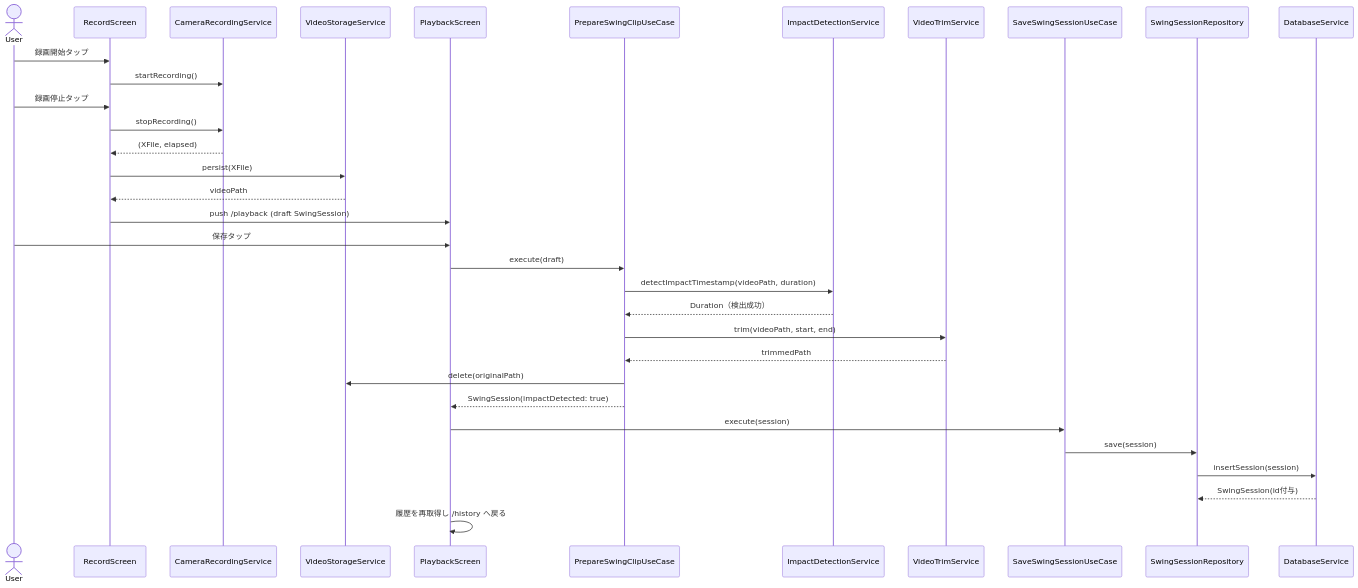
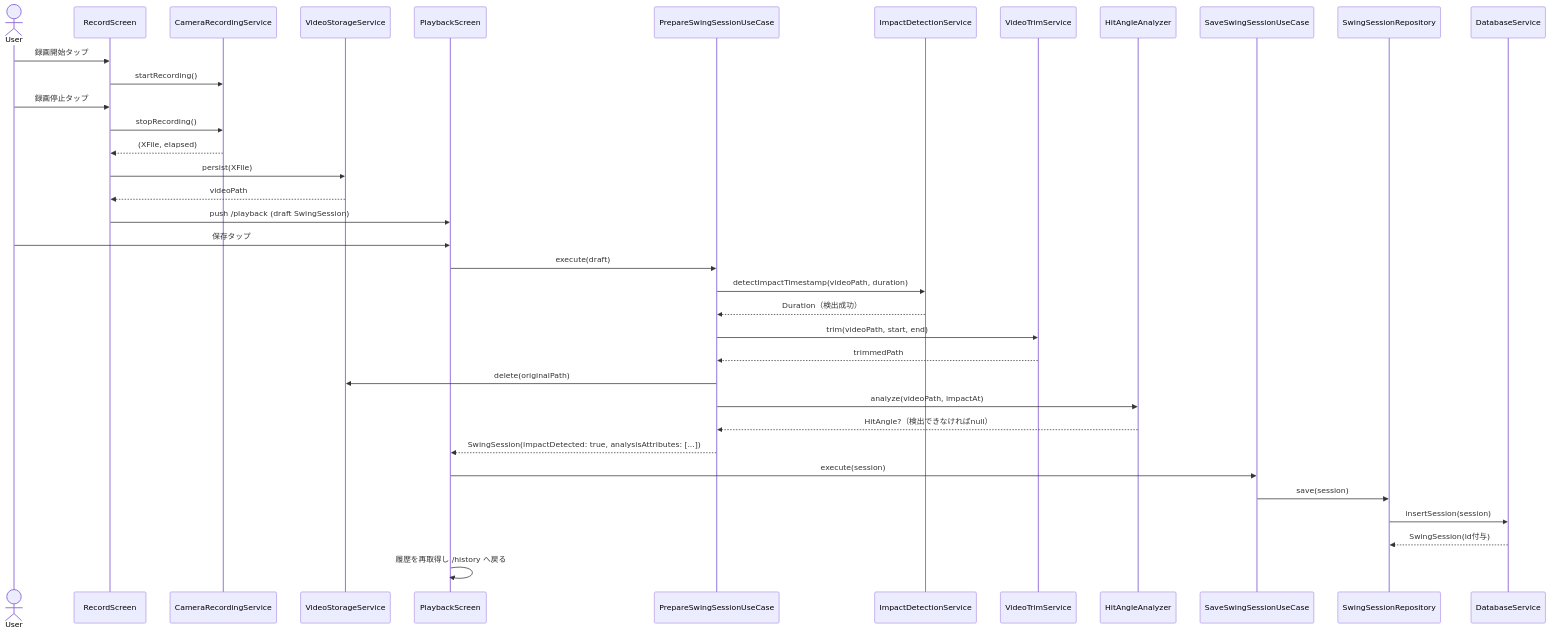
The fourth of 6 diagrams in docs/design/DESIGN.md (aaandou/GolfSwingAnalyzer), drawn with Mermaid before and after one commit. The commit also changed other lines of this file and 14 other files, not shown here.

First line of the commit message:
Add hit-angle swing analysis with an extensible attribute model

````diff
--- a/docs/design/DESIGN.md
+++ b/docs/design/DESIGN.md
@@ -217,36 +298,39 @@
 ```mermaid
 sequenceDiagram
     actor User
     participant RecordScreen
     participant CameraRecordingService
     participant VideoStorageService
     participant PlaybackScreen
-    participant PrepareSwingClipUseCase
+    participant PrepareSwingSessionUseCase
     participant ImpactDetectionService
     participant VideoTrimService
+    participant HitAngleAnalyzer
     participant SaveSwingSessionUseCase
     participant SwingSessionRepository
     participant DatabaseService
 
     User->>RecordScreen: 録画開始タップ
     RecordScreen->>CameraRecordingService: startRecording()
     User->>RecordScreen: 録画停止タップ
     RecordScreen->>CameraRecordingService: stopRecording()
     CameraRecordingService-->>RecordScreen: (XFile, elapsed)
     RecordScreen->>VideoStorageService: persist(XFile)
     VideoStorageService-->>RecordScreen: videoPath
     RecordScreen->>PlaybackScreen: push /playback (draft SwingSession)
     User->>PlaybackScreen: 保存タップ
-    PlaybackScreen->>PrepareSwingClipUseCase: execute(draft)
-    PrepareSwingClipUseCase->>ImpactDetectionService: detectImpactTimestamp(videoPath, duration)
-    ImpactDetectionService-->>PrepareSwingClipUseCase: Duration（検出成功）
-    PrepareSwingClipUseCase->>VideoTrimService: trim(videoPath, start, end)
-    VideoTrimService-->>PrepareSwingClipUseCase: trimmedPath
-    PrepareSwingClipUseCase->>VideoStorageService: delete(originalPath)
-    PrepareSwingClipUseCase-->>PlaybackScreen: SwingSession(impactDetected: true)
+    PlaybackScreen->>PrepareSwingSessionUseCase: execute(draft)
+    PrepareSwingSessionUseCase->>ImpactDetectionService: detectImpactTimestamp(videoPath, duration)
+    ImpactDetectionService-->>PrepareSwingSessionUseCase: Duration（検出成功）
+    PrepareSwingSessionUseCase->>VideoTrimService: trim(videoPath, start, end)
+    VideoTrimService-->>PrepareSwingSessionUseCase: trimmedPath
+    PrepareSwingSessionUseCase->>VideoStorageService: delete(originalPath)
+    PrepareSwingSessionUseCase->>HitAngleAnalyzer: analyze(videoPath, impactAt)
+    HitAngleAnalyzer-->>PrepareSwingSessionUseCase: HitAngle?（検出できなければnull）
+    PrepareSwingSessionUseCase-->>PlaybackScreen: SwingSession(impactDetected: true, analysisAttributes: [...])
     PlaybackScreen->>SaveSwingSessionUseCase: execute(session)
     SaveSwingSessionUseCase->>SwingSessionRepository: save(session)
     SwingSessionRepository->>DatabaseService: insertSession(session)
     DatabaseService-->>SwingSessionRepository: SwingSession(id付与)
     PlaybackScreen->>PlaybackScreen: 履歴を再取得し /history へ戻る
 ```
````
